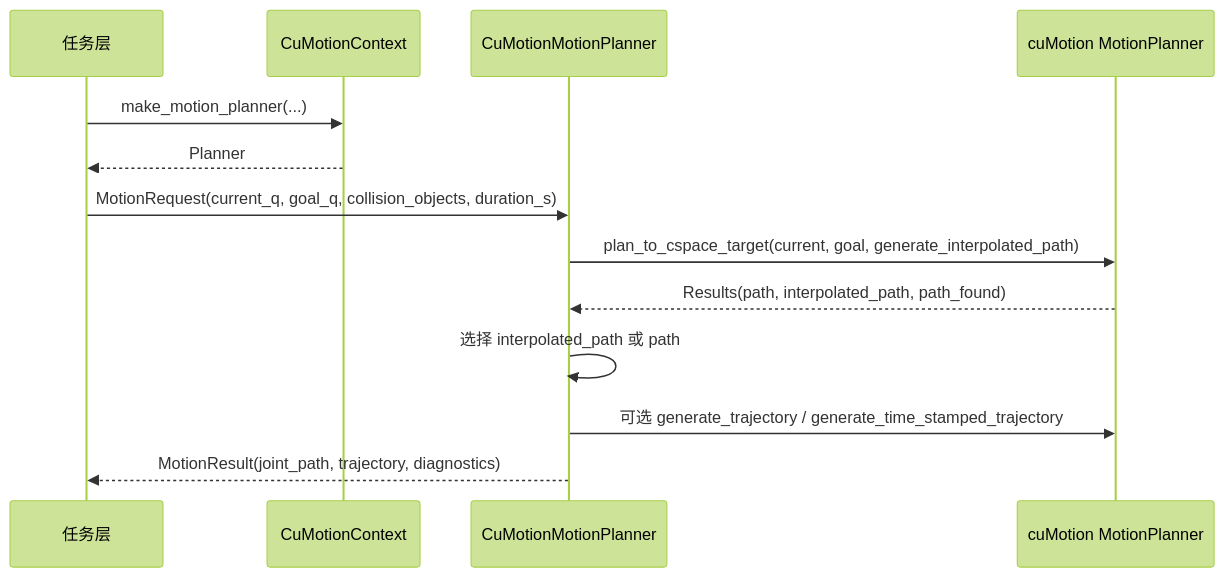
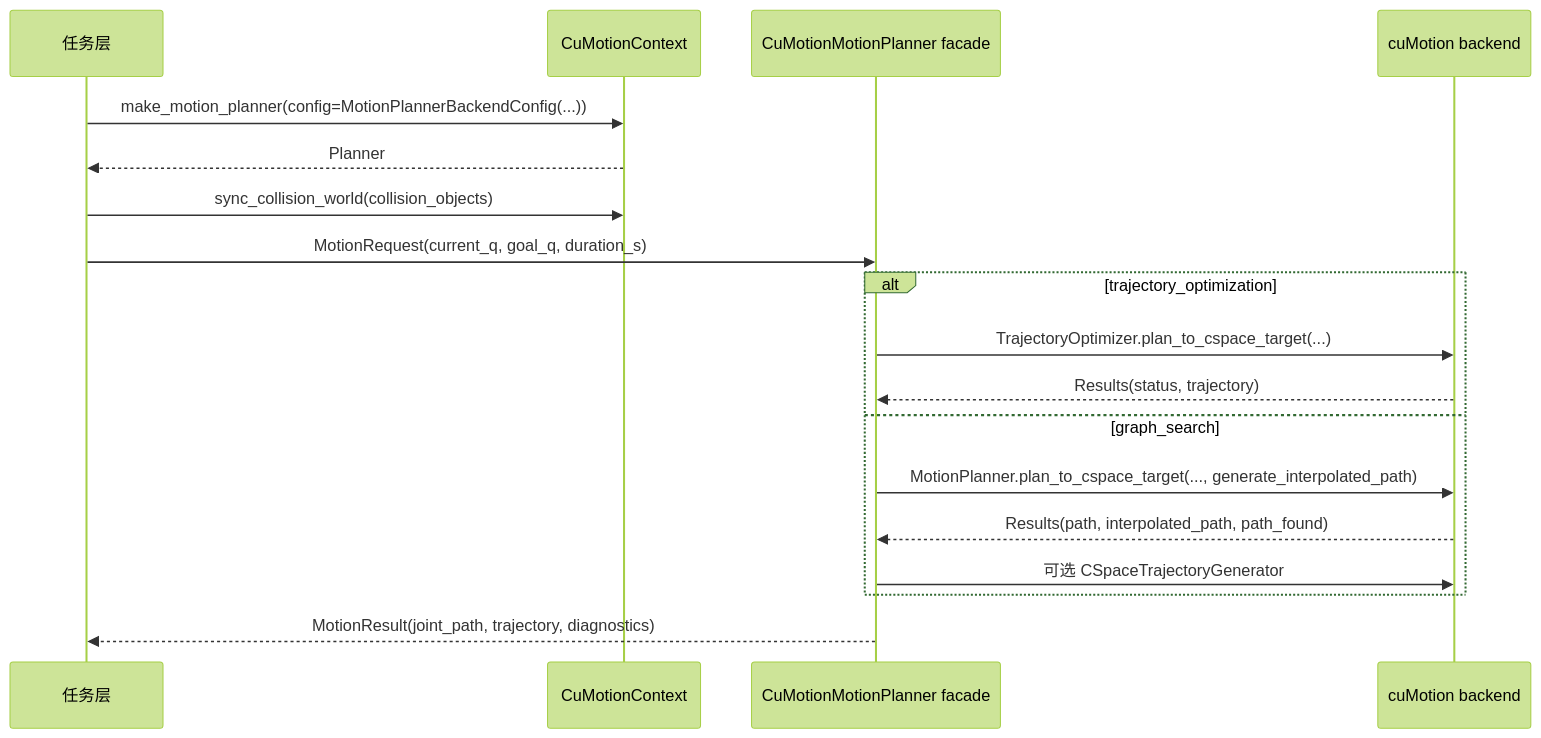
The second of 3 diagrams in docs/cumotion_interface.md (linker-bot/linker-sim-isaac), drawn with Mermaid (forest theme) before and after one commit. The commit also changed other lines of this file and 27 other files, not shown here.

Commit message:
Refactor cuMotion motion planner facade

````diff
--- a/docs/cumotion_interface.md
+++ b/docs/cumotion_interface.md
@@ -513,16 +550,21 @@
 ```mermaid
 sequenceDiagram
     participant Task as 任务层
     participant Ctx as CuMotionContext
-    participant Planner as CuMotionMotionPlanner
-    participant Cu as cuMotion MotionPlanner
+    participant Planner as CuMotionMotionPlanner facade
+    participant Cu as cuMotion backend
 
-    Task->>Ctx: make_motion_planner(...)
+    Task->>Ctx: make_motion_planner(config=MotionPlannerBackendConfig(...))
     Ctx-->>Task: Planner
-    Task->>Planner: MotionRequest(current_q, goal_q, collision_objects, duration_s)
-    Planner->>Cu: plan_to_cspace_target(current, goal, generate_interpolated_path)
-    Cu-->>Planner: Results(path, interpolated_path, path_found)
-    Planner->>Planner: 选择 interpolated_path 或 path
-    Planner->>Cu: 可选 generate_trajectory / generate_time_stamped_trajectory
+    Task->>Ctx: sync_collision_world(collision_objects)
+    Task->>Planner: MotionRequest(current_q, goal_q, duration_s)
+    alt trajectory_optimization
+        Planner->>Cu: TrajectoryOptimizer.plan_to_cspace_target(...)
+        Cu-->>Planner: Results(status, trajectory)
+    else graph_search
+        Planner->>Cu: MotionPlanner.plan_to_cspace_target(..., generate_interpolated_path)
+        Cu-->>Planner: Results(path, interpolated_path, path_found)
+        Planner->>Cu: 可选 CSpaceTrajectoryGenerator
+    end
     Planner-->>Task: MotionResult(joint_path, trajectory, diagnostics)
 ```
````
